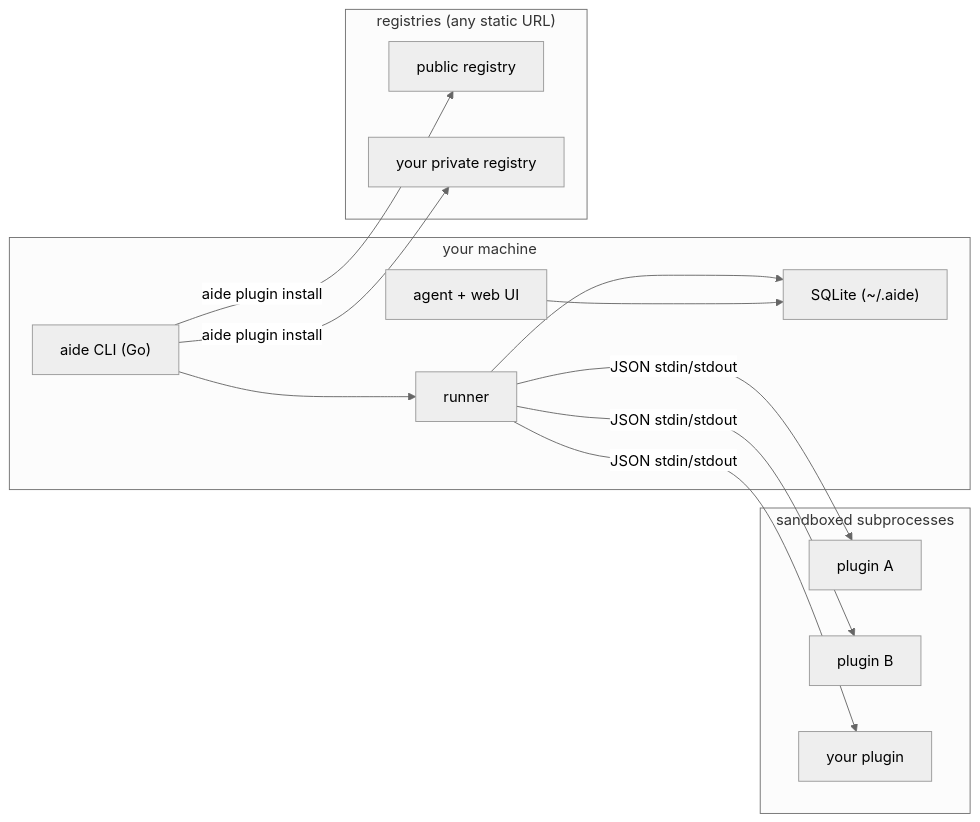
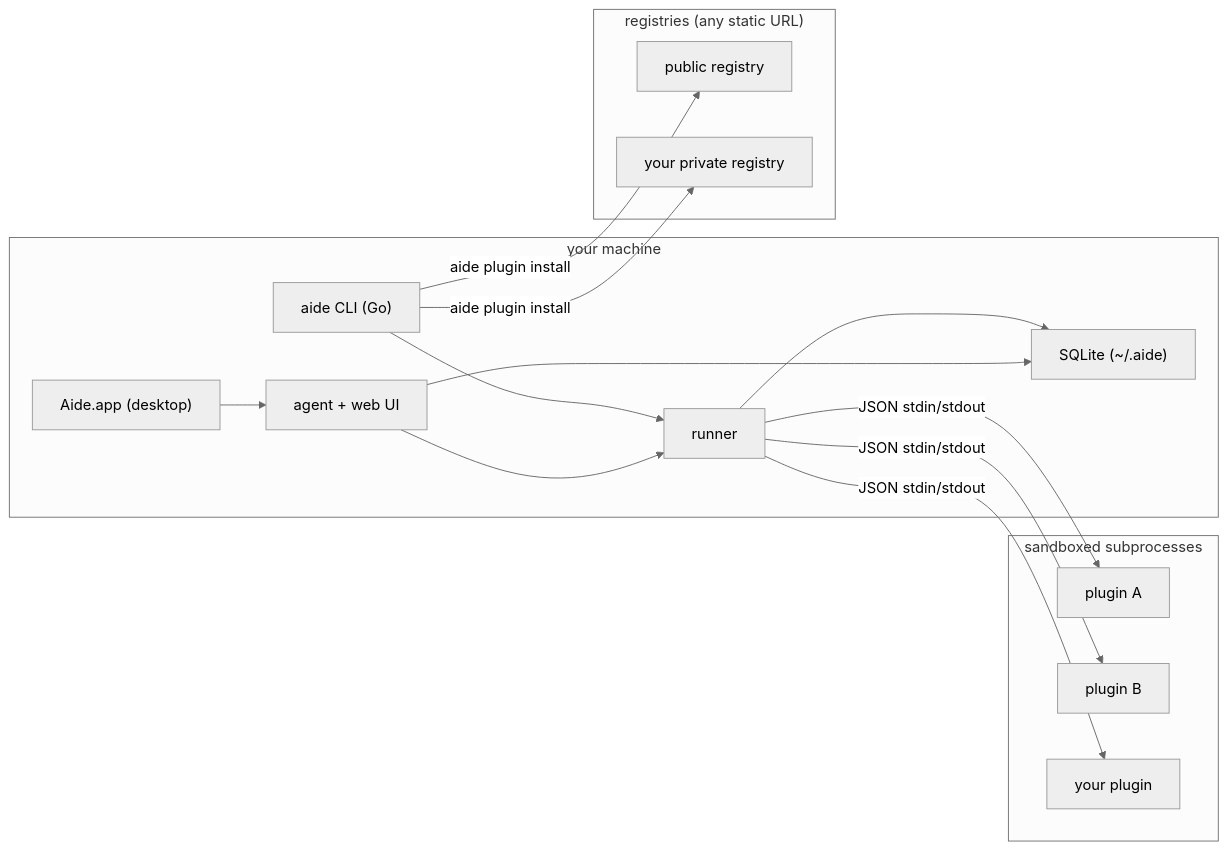
Before and after one commit to matheus-meneses/aide: the diagram in README.md, drawn with Mermaid (neutral theme). The commit also changed other lines of this file and 2 other files, not shown here.

````diff
--- a/README.md
+++ b/README.md
@@ -248,27 +281,30 @@
 ```mermaid
 flowchart LR
   subgraph host ["your machine"]
+    App["Aide.app (desktop)"]
     CLI["aide CLI (Go)"]
     Runner["runner"]
     Store["SQLite (~/.aide)"]
     Agent["agent + web UI"]
   end
   subgraph plugins ["sandboxed subprocesses"]
     P1["plugin A"]
     P2["plugin B"]
     P3["your plugin"]
   end
   subgraph registries ["registries (any static URL)"]
     R1["public registry"]
     R2["your private registry"]
   end
 
+  App --> Agent
   CLI --> Runner
+  Agent --> Runner
   Runner -->|" JSON stdin/stdout "| P1
   Runner -->|" JSON stdin/stdout "| P2
   Runner -->|" JSON stdin/stdout "| P3
   Runner --> Store
   Agent --> Store
   CLI -->|" aide plugin install "| R1
   CLI -->|" aide plugin install "| R2
 ```
````
